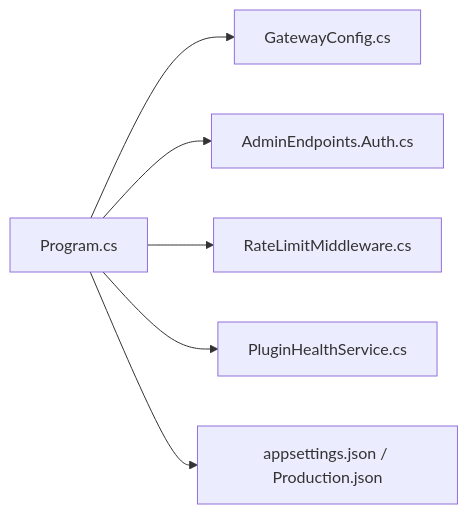
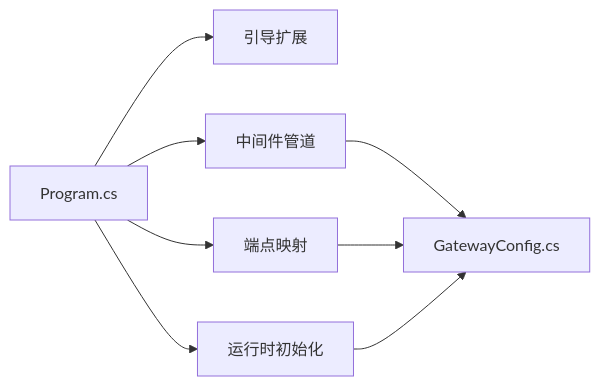
Before and after one commit to wayyet/kingcrab: the fourth of 4 diagrams in .qoder/repowiki/zh/content/网关服务/网关服务.md, drawn with Mermaid. The commit also changed other lines of this file and 173 other files, not shown here.

````diff
--- a/.qoder/repowiki/zh/content/网关服务/网关服务.md
+++ b/.qoder/repowiki/zh/content/网关服务/网关服务.md
@@ -300,8 +194,10 @@
 ```mermaid
 graph LR
-Prog["Program.cs"] --> Cfg["GatewayConfig.cs"]
-Prog --> Auth["AdminEndpoints.Auth.cs"]
-Prog --> Mid["RateLimitMiddleware.cs"]
-Prog --> Ph["PluginHealthService.cs"]
-Prog --> CfgJson["appsettings.json / Production.json"]
+Program["Program.cs"] --> BootstrapExt["引导扩展"]
+Program --> RuntimeInit["运行时初始化"]
+Program --> Pipeline["中间件管道"]
+Program --> Endpoints["端点映射"]
+Pipeline --> ConfigModel["GatewayConfig.cs"]
+Endpoints --> ConfigModel
+RuntimeInit --> ConfigModel
 ```
````
